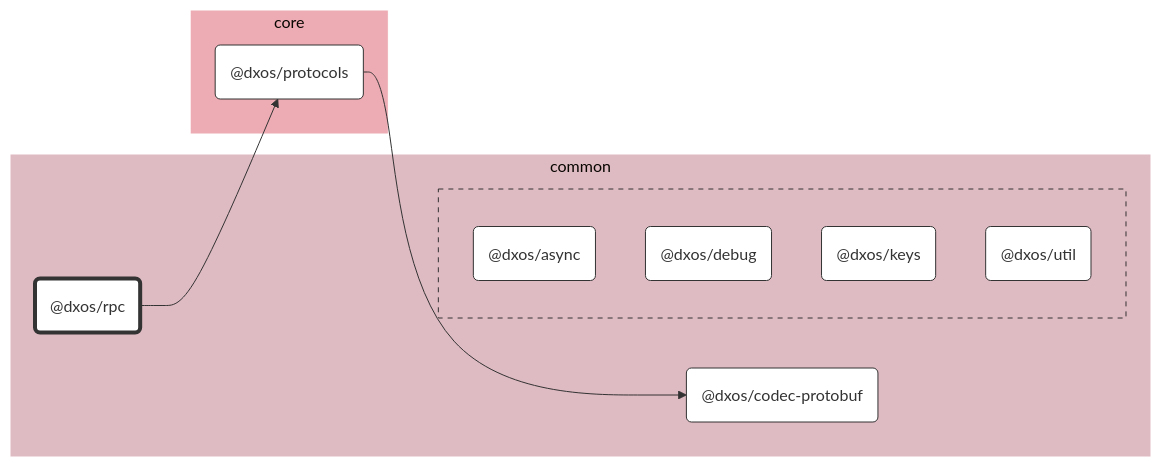
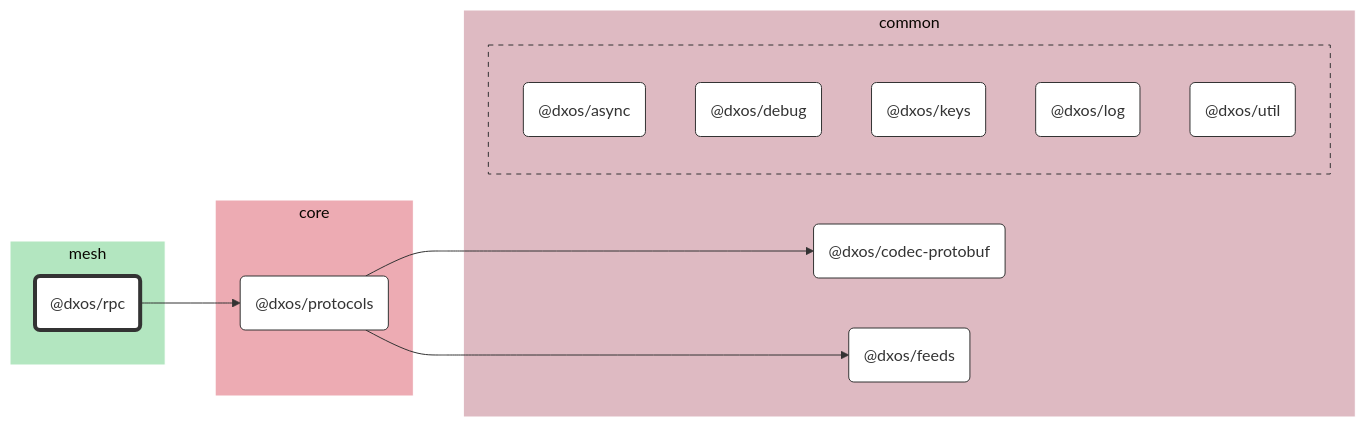
The diagram in packages/core/mesh/rpc/docs/README.md (dxos/dxos), drawn with Mermaid (base theme) before and after one commit. The commit also changed other lines of this file and 64 other files, not shown here.

````diff
--- a/packages/core/mesh/rpc/docs/README.md
+++ b/packages/core/mesh/rpc/docs/README.md
@@ -7,42 +7,51 @@
 ```mermaid
 %%{ init: {'flowchart':{'curve':'basis'}} }%%
 
 flowchart LR
 
 %% Classes
 classDef def fill:#fff,stroke:#333,stroke-width:1px
 classDef root fill:#fff,stroke:#333,stroke-width:4px
 
 %% Nodes
 
+subgraph mesh [mesh]
+  style mesh fill:#b3e6c0,stroke:#fff
+  dxos/rpc("@dxos/rpc"):::root
+  click dxos/rpc "dxos/dxos/tree/main/packages/core/mesh/rpc/docs"
+end
+
 subgraph common [common]
   style common fill:#debac2,stroke:#fff
-  dxos/rpc("@dxos/rpc"):::root
-  click dxos/rpc "dxos/dxos/tree/main/packages/core/mesh/rpc/docs"
   dxos/codec-protobuf("@dxos/codec-protobuf"):::def
   click dxos/codec-protobuf "dxos/dxos/tree/main/packages/common/codec-protobuf/docs"
+  dxos/feeds("@dxos/feeds"):::def
+  click dxos/feeds "dxos/dxos/tree/main/packages/common/feeds/docs"
 
   subgraph common-excluded [ ]
     style common-excluded fill:#debac2,stroke:#333,stroke-dasharray:5 5
     dxos/async("@dxos/async"):::def
     click dxos/async "dxos/dxos/tree/main/packages/common/async/docs"
     dxos/debug("@dxos/debug"):::def
     click dxos/debug "dxos/dxos/tree/main/packages/common/debug/docs"
     dxos/keys("@dxos/keys"):::def
     click dxos/keys "dxos/dxos/tree/main/packages/common/keys/docs"
+    dxos/log("@dxos/log"):::def
+    click dxos/log "dxos/dxos/tree/main/packages/common/log/docs"
     dxos/util("@dxos/util"):::def
     click dxos/util "dxos/dxos/tree/main/packages/common/util/docs"
   end
 end
 
 subgraph core [core]
   style core fill:#edabb3,stroke:#fff
   dxos/protocols("@dxos/protocols"):::def
   click dxos/protocols "dxos/dxos/tree/main/packages/core/protocols/docs"
 end
 
 %% Links
 linkStyle default stroke:#333,stroke-width:1px
 dxos/rpc --> dxos/protocols
 dxos/protocols --> dxos/codec-protobuf
+dxos/protocols --> dxos/feeds
 ```
````
